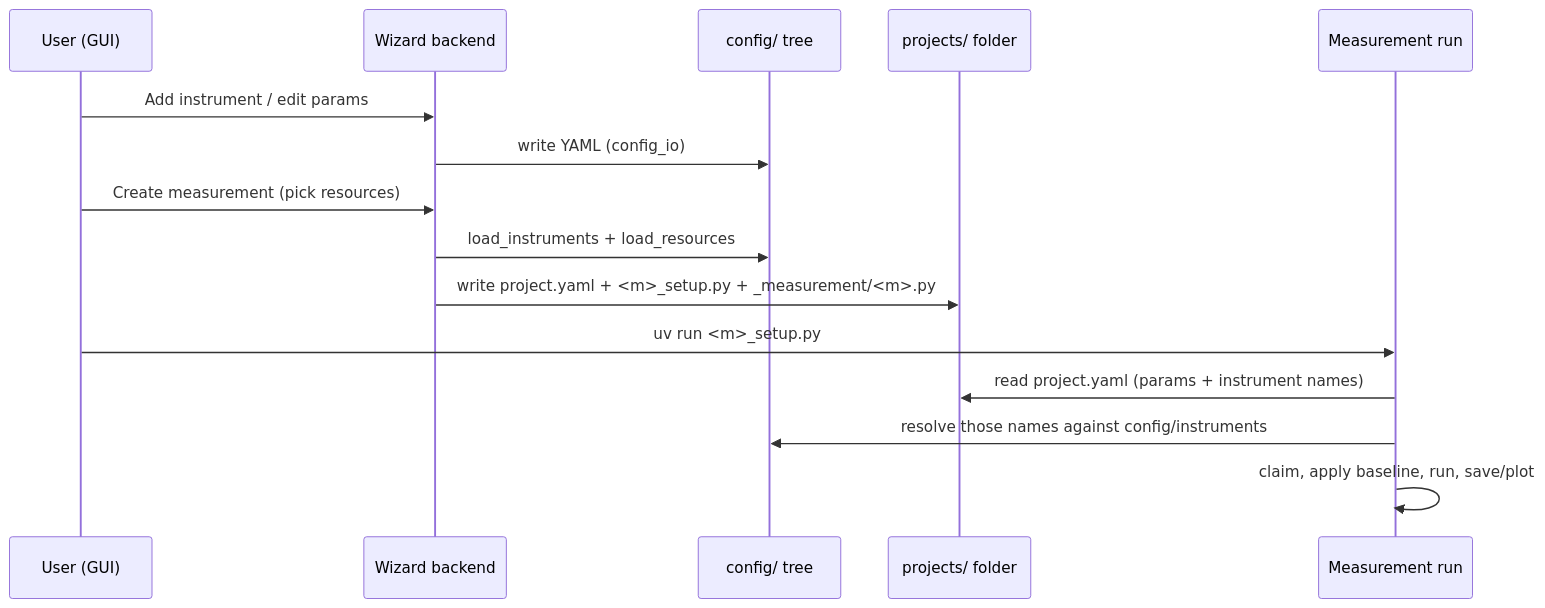
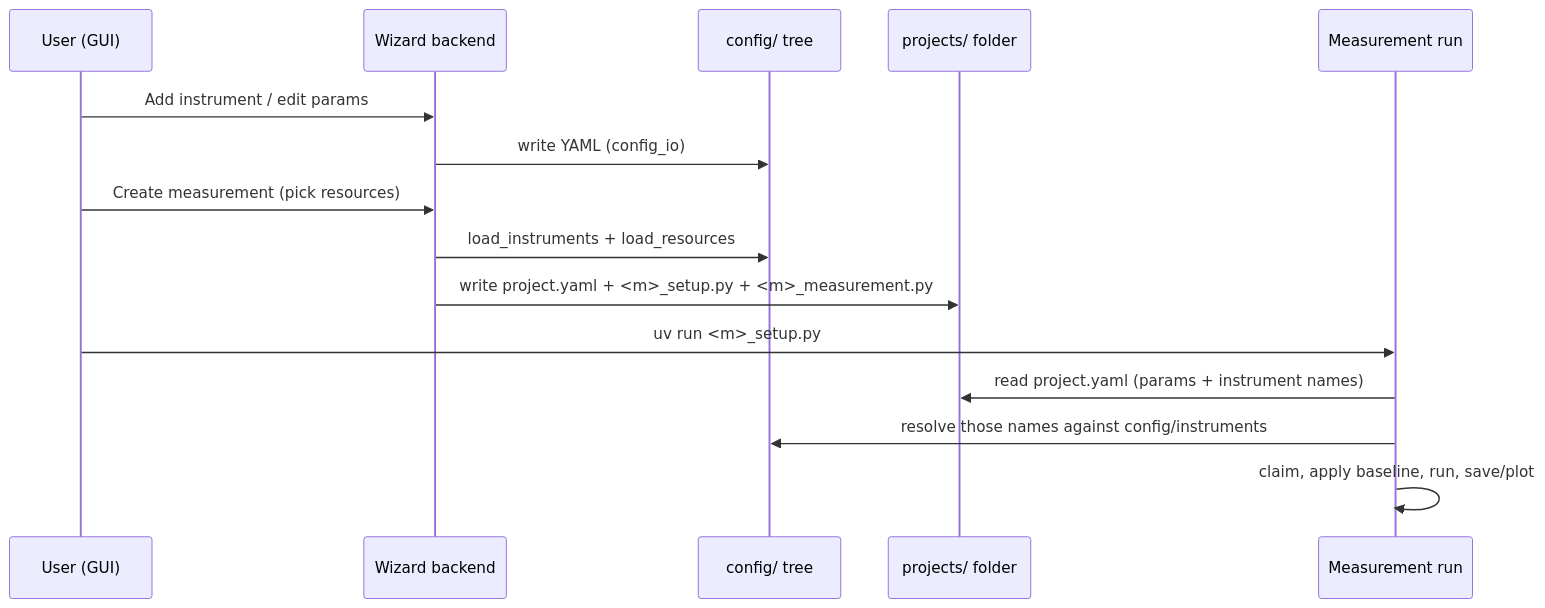
One commit to sansseriff/lab-wizard changed the second of 2 diagrams in docs/concepts/architecture.md. Above: the diagram before and after it, drawn with Mermaid. The commit also changed other lines of this file and 51 other files, not shown here.

````diff
--- a/docs/concepts/architecture.md
+++ b/docs/concepts/architecture.md
@@ -79,18 +79,18 @@
 ```mermaid
 sequenceDiagram
     participant U as User (GUI)
     participant W as Wizard backend
     participant C as config/ tree
     participant P as projects/ folder
     participant R as Measurement run
 
     U->>W: Add instrument / edit params
     W->>C: write YAML (config_io)
     U->>W: Create measurement (pick resources)
     W->>C: load_instruments + load_resources
-    W->>P: write project.yaml + <m>_setup.py + _measurement/<m>.py
+    W->>P: write project.yaml + <m>_setup.py + <m>_measurement.py
     U->>R: uv run <m>_setup.py
     R->>P: read project.yaml (params + instrument names)
     R->>C: resolve those names against config/instruments
     R->>R: claim, apply baseline, run, save/plot
 ```
````
